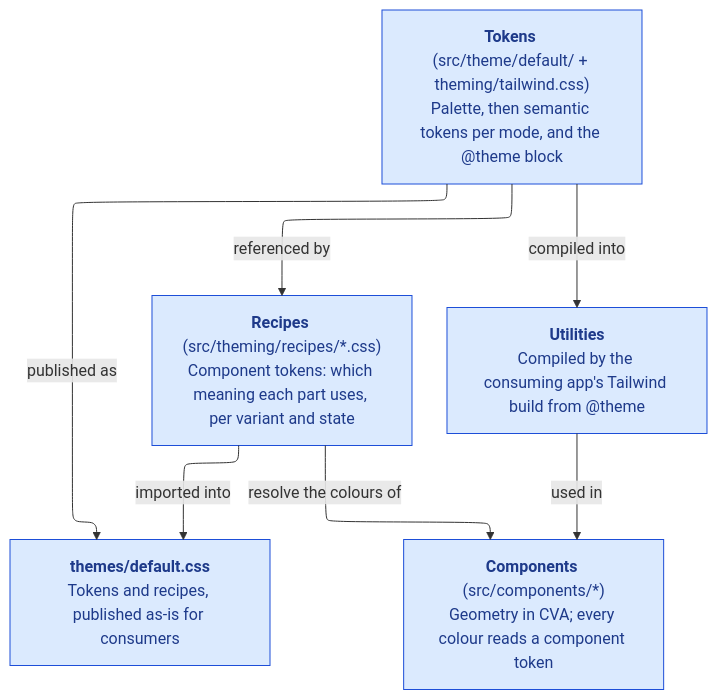
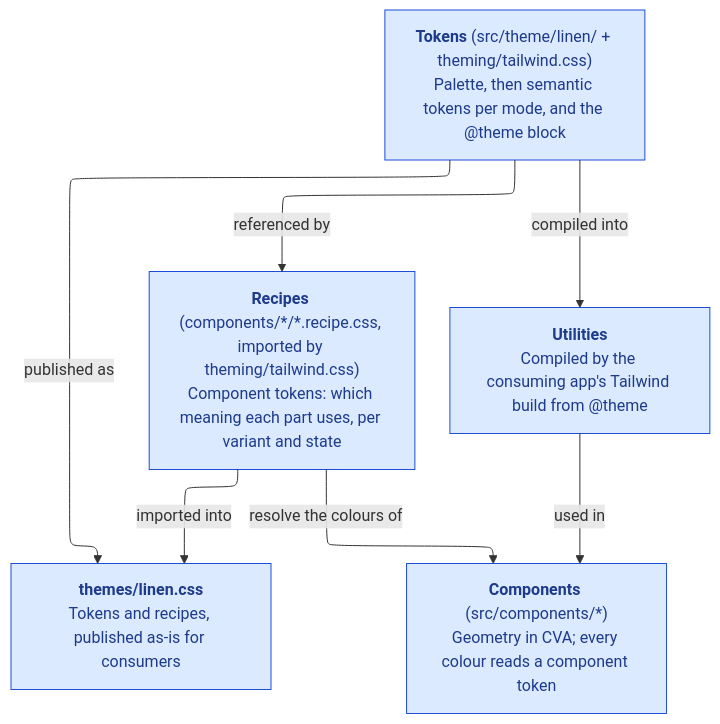
The diagram in docs/design-tokens.md (sixthshift/design-system), drawn with Mermaid before and after one commit. The commit also changed other lines of this file and 120 other files, not shown here.

````diff
--- a/docs/design-tokens.md
+++ b/docs/design-tokens.md
@@ -14,22 +14,22 @@
 ```mermaid
 ---
 config:
   layout: elk
 ---
 flowchart TB
-    Tokens["<b>Tokens</b> (src/theme/default/ + theming/tailwind.css)<br/>Palette, then semantic tokens per mode, and the @theme block"]
-    Recipes["<b>Recipes</b> (src/theming/recipes/*.css)<br/>Component tokens: which meaning each part uses, per variant and state"]
-    CSS["<b>themes/default.css</b><br/>Tokens and recipes, published as-is for consumers"]
+    Tokens["<b>Tokens</b> (src/theme/linen/ + theming/tailwind.css)<br/>Palette, then semantic tokens per mode, and the @theme block"]
+    Recipes["<b>Recipes</b> (components/*/*.recipe.css, imported by theming/tailwind.css)<br/>Component tokens: which meaning each part uses, per variant and state"]
+    CSS["<b>themes/linen.css</b><br/>Tokens and recipes, published as-is for consumers"]
     Utilities["<b>Utilities</b><br/>Compiled by the consuming app's Tailwind build from @theme"]
     Components["<b>Components</b> (src/components/*)<br/>Geometry in CVA; every colour reads a component token"]
 
     Tokens -->|referenced by| Recipes
     Tokens -->|published as| CSS
     Recipes -->|imported into| CSS
     Tokens -->|compiled into| Utilities
     Utilities -->|used in| Components
     Recipes -->|resolve the colours of| Components
 
     classDef engine fill:#dbeafe,stroke:#1d4ed8,color:#1e3a8a
     class Tokens,Recipes,CSS,Utilities,Components engine
 ```
````
